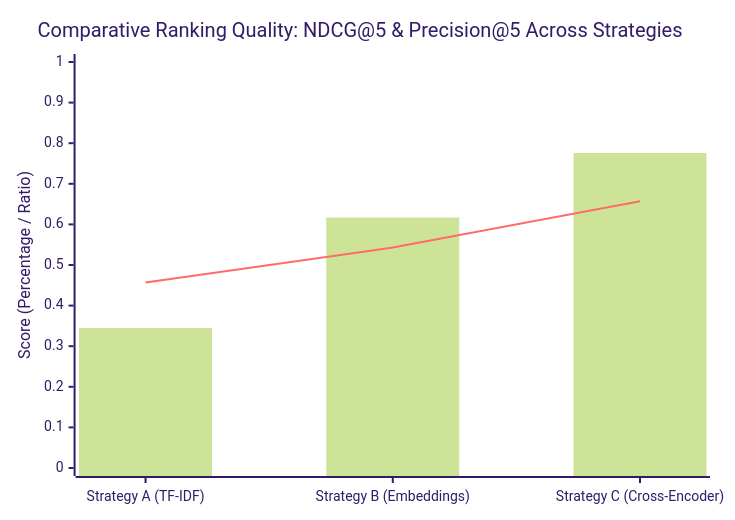
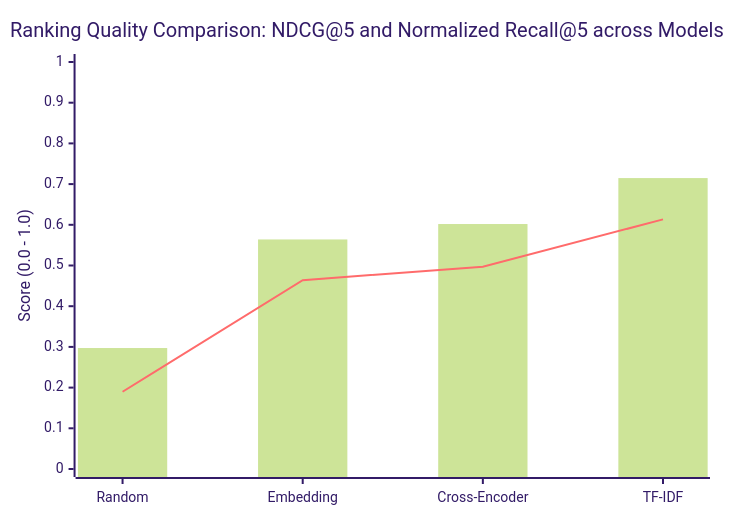
Before and after one commit to Bob8259/CSIT-5210-Group-Project: the fourth of 4 diagrams in CSIT5210_Group1_Final_Report.md, drawn with Mermaid (forest theme). The commit also changed other lines of this file and 1 other file, not shown here.

````diff
--- a/CSIT5210_Group1_Final_Report.md
+++ b/CSIT5210_Group1_Final_Report.md
@@ -343,8 +366,8 @@
 ```mermaid
 xychart-beta
-    title "Comparative Ranking Quality: NDCG@5 & Precision@5 Across Strategies"
-    x-axis ["Strategy A (TF-IDF)", "Strategy B (Embeddings)", "Strategy C (Cross-Encoder)"]
-    y-axis "Score (Percentage / Ratio)" 0.0 --> 1.0
-    bar [0.345, 0.617, 0.776]
-    line [0.457, 0.543, 0.657]
+    title "Ranking Quality Comparison: NDCG@5 and Normalized Recall@5 across Models"
+    x-axis ["Random", "Embedding", "Cross-Encoder", "TF-IDF"]
+    y-axis "Score (0.0 - 1.0)" 0.0 --> 1.0
+    bar [0.2972, 0.5640, 0.6019, 0.7148]
+    line [0.1898, 0.4639, 0.4972, 0.6133]
 ```
````
